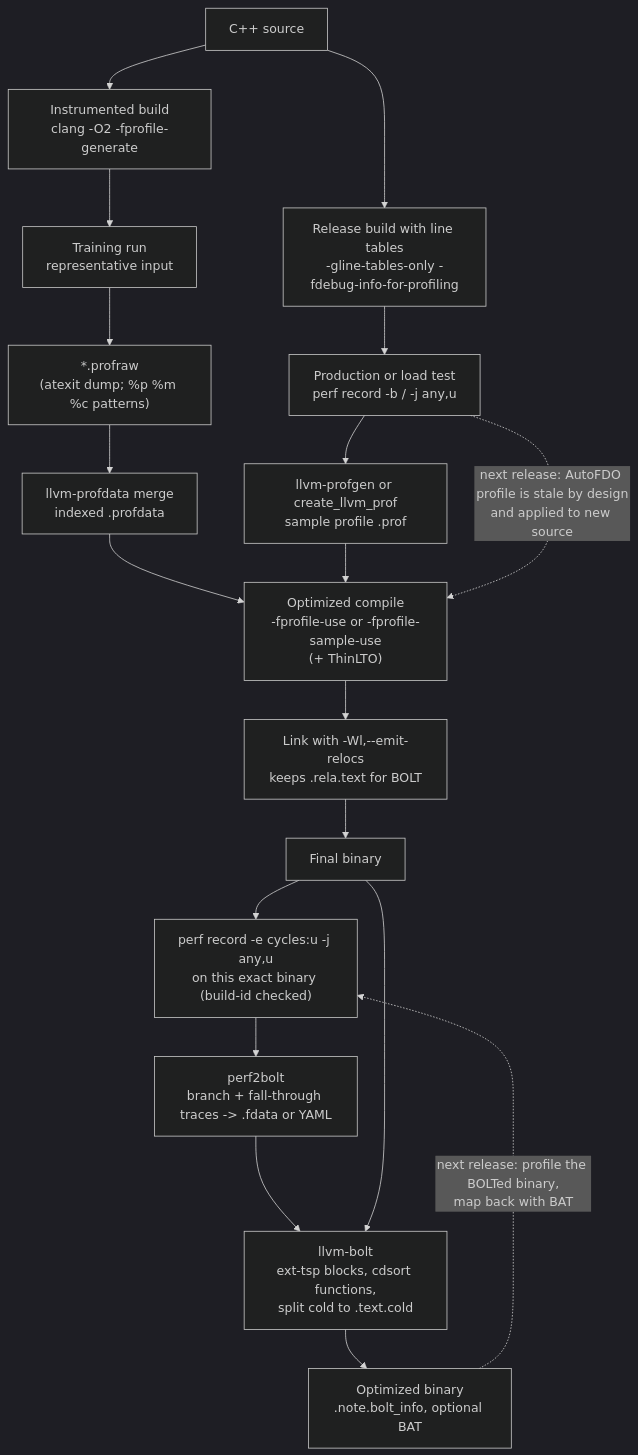
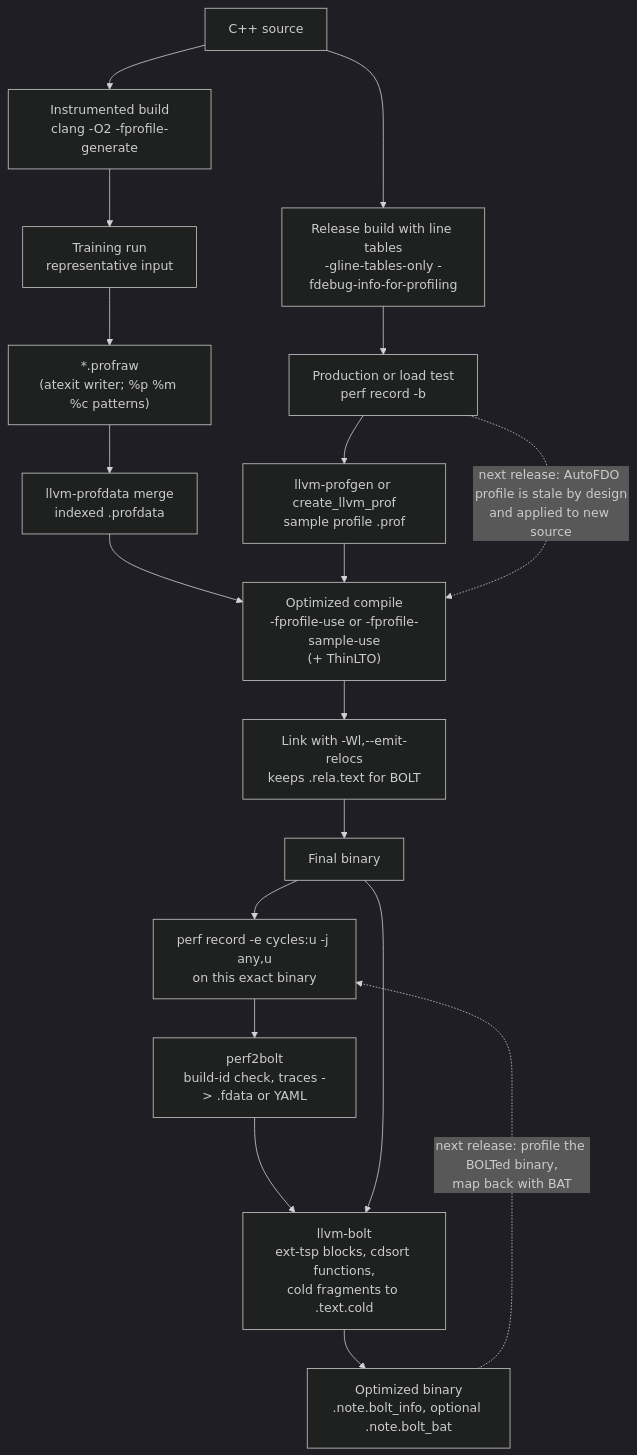
The diagram in 18-Developer-Toolchain/05-Profiling/Cpp/Cpp-PGO-AutoFDO-and-BOLT-Workflow.md (shreejitverma/The-Distinguished-Engineer), drawn with Mermaid (dark theme) before and after one commit. The commit also changed other lines of this file and 8 other files, not shown here.

````diff
--- a/18-Developer-Toolchain/05-Profiling/Cpp/Cpp-PGO-AutoFDO-and-BOLT-Workflow.md
+++ b/18-Developer-Toolchain/05-Profiling/Cpp/Cpp-PGO-AutoFDO-and-BOLT-Workflow.md
@@ -50,23 +55,23 @@
 ```mermaid
 flowchart TD
     SRC["C++ source"] --> IG["Instrumented build<br/>clang -O2 -fprofile-generate"]
     IG --> TR["Training run<br/>representative input"]
-    TR --> RAW["*.profraw<br/>(atexit dump; %p %m %c patterns)"]
+    TR --> RAW["*.profraw<br/>(atexit writer; %p %m %c patterns)"]
     RAW --> MERGE["llvm-profdata merge<br/>indexed .profdata"]
 
     SRC --> DBG["Release build with line tables<br/>-gline-tables-only -fdebug-info-for-profiling"]
-    DBG --> PROD["Production or load test<br/>perf record -b / -j any,u"]
+    DBG --> PROD["Production or load test<br/>perf record -b"]
     PROD --> PGEN["llvm-profgen or create_llvm_prof<br/>sample profile .prof"]
 
     MERGE --> USE["Optimized compile<br/>-fprofile-use or -fprofile-sample-use<br/>(+ ThinLTO)"]
     PGEN --> USE
     USE --> LINK["Link with -Wl,--emit-relocs<br/>keeps .rela.text for BOLT"]
     LINK --> BIN["Final binary"]
-    BIN --> LBR["perf record -e cycles:u -j any,u<br/>on this exact binary (build-id checked)"]
-    LBR --> P2B["perf2bolt<br/>branch + fall-through traces -> .fdata or YAML"]
-    P2B --> BOLT["llvm-bolt<br/>ext-tsp blocks, cdsort functions,<br/>split cold to .text.cold"]
+    BIN --> LBR["perf record -e cycles:u -j any,u<br/>on this exact binary"]
+    LBR --> P2B["perf2bolt<br/>build-id check, traces -> .fdata or YAML"]
+    P2B --> BOLT["llvm-bolt<br/>ext-tsp blocks, cdsort functions,<br/>cold fragments to .text.cold"]
     BIN --> BOLT
-    BOLT --> OUT["Optimized binary<br/>.note.bolt_info, optional BAT"]
+    BOLT --> OUT["Optimized binary<br/>.note.bolt_info, optional .note.bolt_bat"]
     OUT -.->|"next release: profile the BOLTed binary,<br/>map back with BAT"| LBR
     PROD -.->|"next release: AutoFDO profile is stale by design<br/>and applied to new source"| USE
 ```
````
